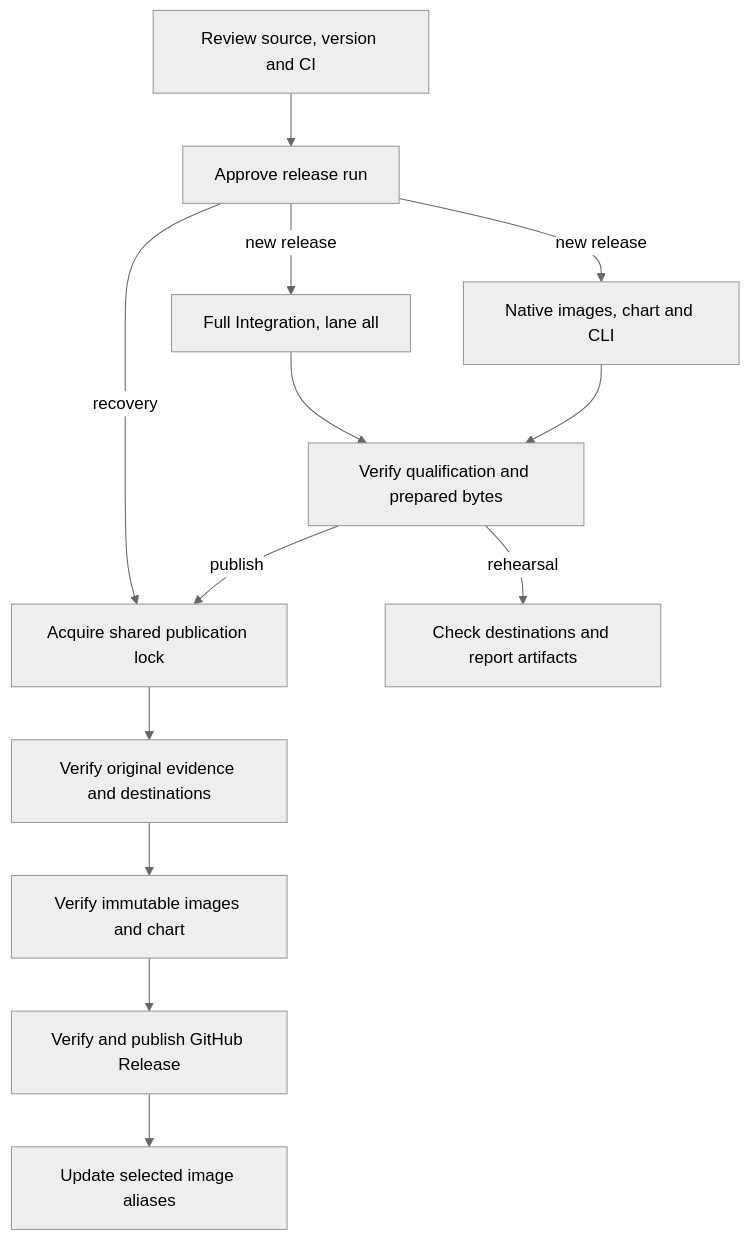
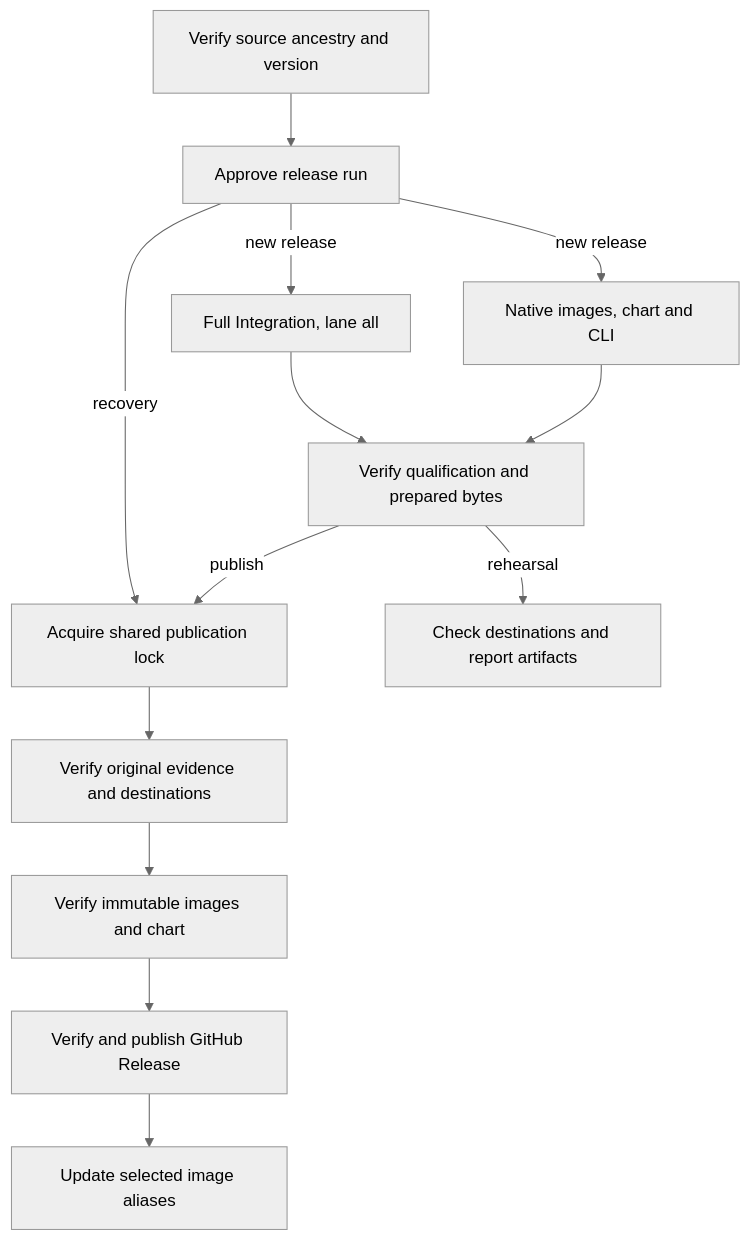
One commit to openclaw/openclaw-enterprise changed the diagram in docs/flows/release-oce.md. Above: the diagram before and after it, drawn with Mermaid (neutral theme). The commit also changed other lines of this file and 40 other files, not shown here.

Commit message:
Qualify release commits from main without a prior CI run

````diff
--- a/docs/flows/release-oce.md
+++ b/docs/flows/release-oce.md
@@ -26,15 +26,15 @@
 ```mermaid
 graph TD
-  Gate["Review source, version and CI"] --> Approval["Approve release run"]
+  Gate["Verify source ancestry and version"] --> Approval["Approve release run"]
   Approval -->|new release| Tests["Full Integration, lane all"]
   Approval -->|new release| Build["Native images, chart and CLI"]
   Tests --> Check["Verify qualification and prepared bytes"]
   Build --> Check
   Approval -->|recovery| Lock
   Check -->|rehearsal| End["Check destinations and report artifacts"]
   Check -->|publish| Lock["Acquire shared publication lock"]
   Lock --> Recheck["Verify original evidence and destinations"]
   Recheck --> Image["Verify immutable images and chart"]
   Image --> CLI["Verify and publish GitHub Release"]
   CLI --> Alias["Update selected image aliases"]
 ```
````
